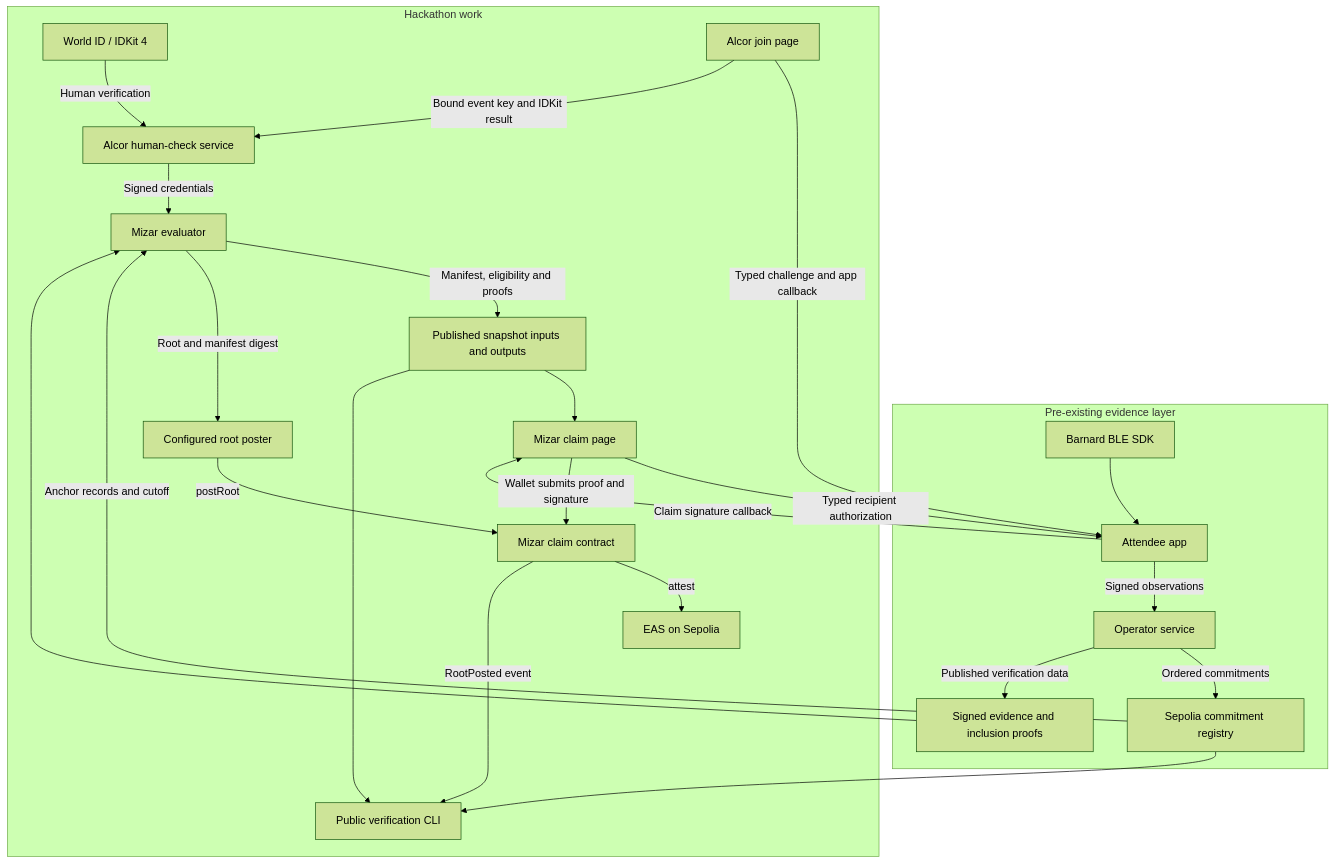
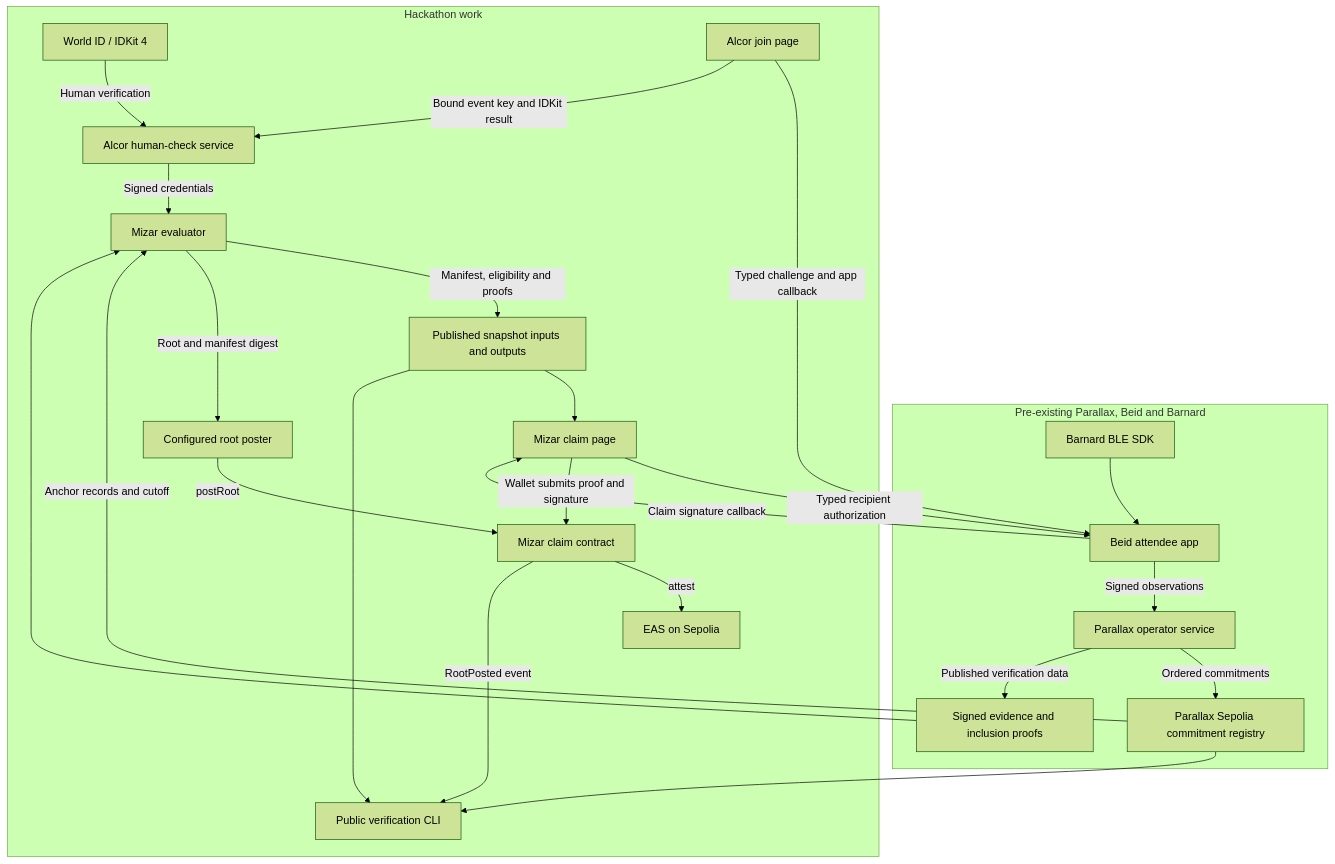
Before and after one commit to levarac/mizar: the diagram in README.md, drawn with Mermaid (forest theme). The commit also changed other lines of this file, not shown here.

````diff
--- a/README.md
+++ b/README.md
@@ -55,31 +63,31 @@
 ```mermaid
 flowchart TD
     World[World ID / IDKit 4]
     EAS[EAS on Sepolia]
-    subgraph Existing[Pre-existing evidence layer]
-        SDK[Barnard BLE SDK] --> App[Attendee app]
-        App -->|Signed observations| Operator[Operator service]
-        Operator -->|Ordered commitments| Registry[Sepolia commitment registry]
+    subgraph Existing[Pre-existing Parallax, Beid and Barnard]
+        SDK[Barnard BLE SDK] --> App[Beid attendee app]
+        App -->|Signed observations| Operator[Parallax operator service]
+        Operator -->|Ordered commitments| Registry[Parallax Sepolia commitment registry]
         Operator -->|Published verification data| Evidence[Signed evidence and inclusion proofs]
     end
 
     subgraph Hackathon[Hackathon work]
         Join[Alcor join page] -->|Typed challenge and app callback| App
         Join -->|Bound event key and IDKit result| Alcor[Alcor human-check service]
         World -->|Human verification| Alcor
         Alcor -->|Signed credentials| Eval[Mizar evaluator]
         Evidence --> Eval
         Registry -->|Anchor records and cutoff| Eval
         Eval -->|Manifest, eligibility and proofs| Published[Published snapshot inputs and outputs]
         Eval -->|Root and manifest digest| Poster[Configured root poster]
         Poster -->|postRoot| Claim[Mizar claim contract]
         Published --> Page[Mizar claim page]
         Page -->|Typed recipient authorization| App
         App -->|Claim signature callback| Page
         Page -->|Wallet submits proof and signature| Claim
         Claim -->|attest| EAS
         Published --> Verify[Public verification CLI]
         Registry --> Verify
         Claim -->|RootPosted event| Verify
     end
 ```
````
